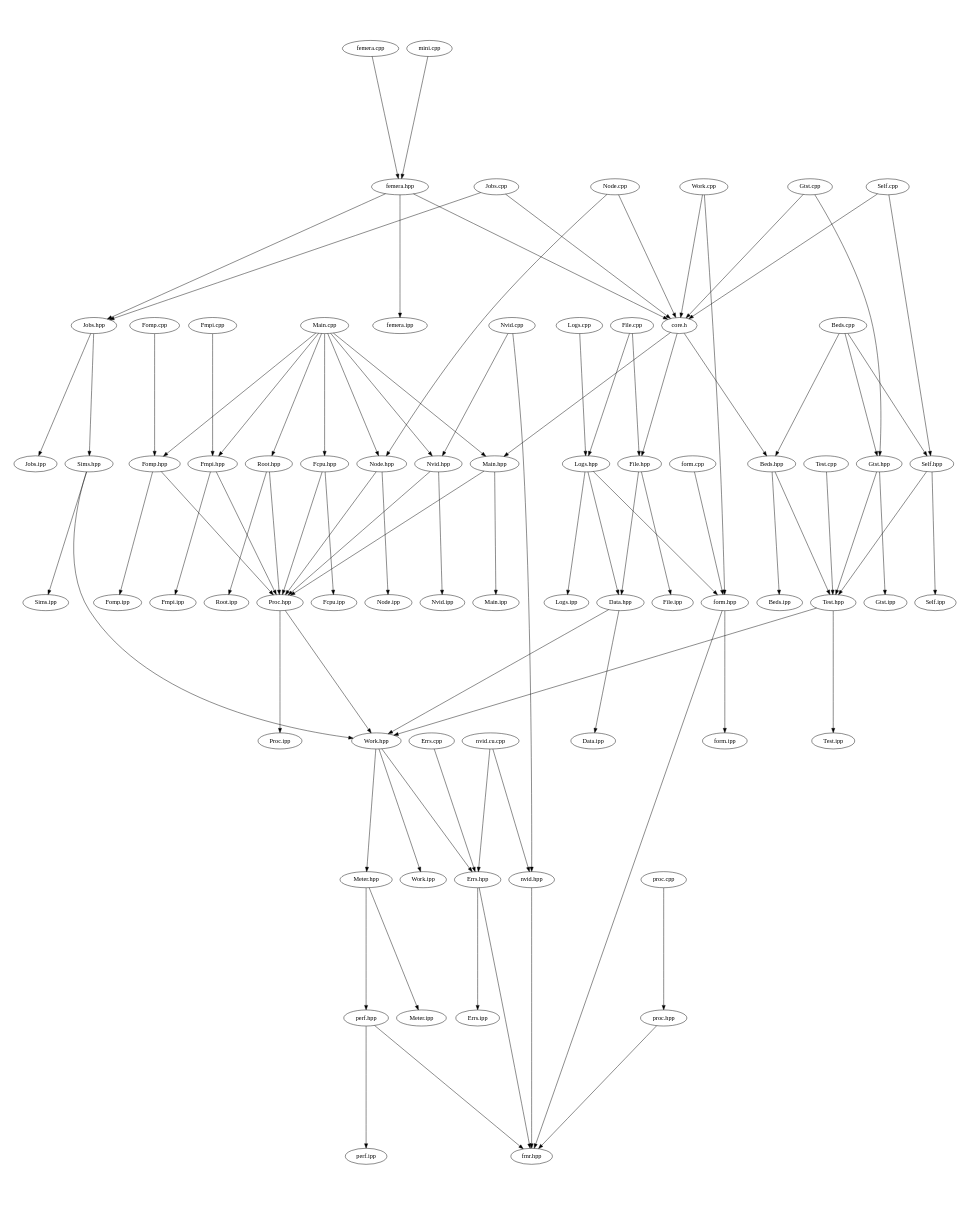
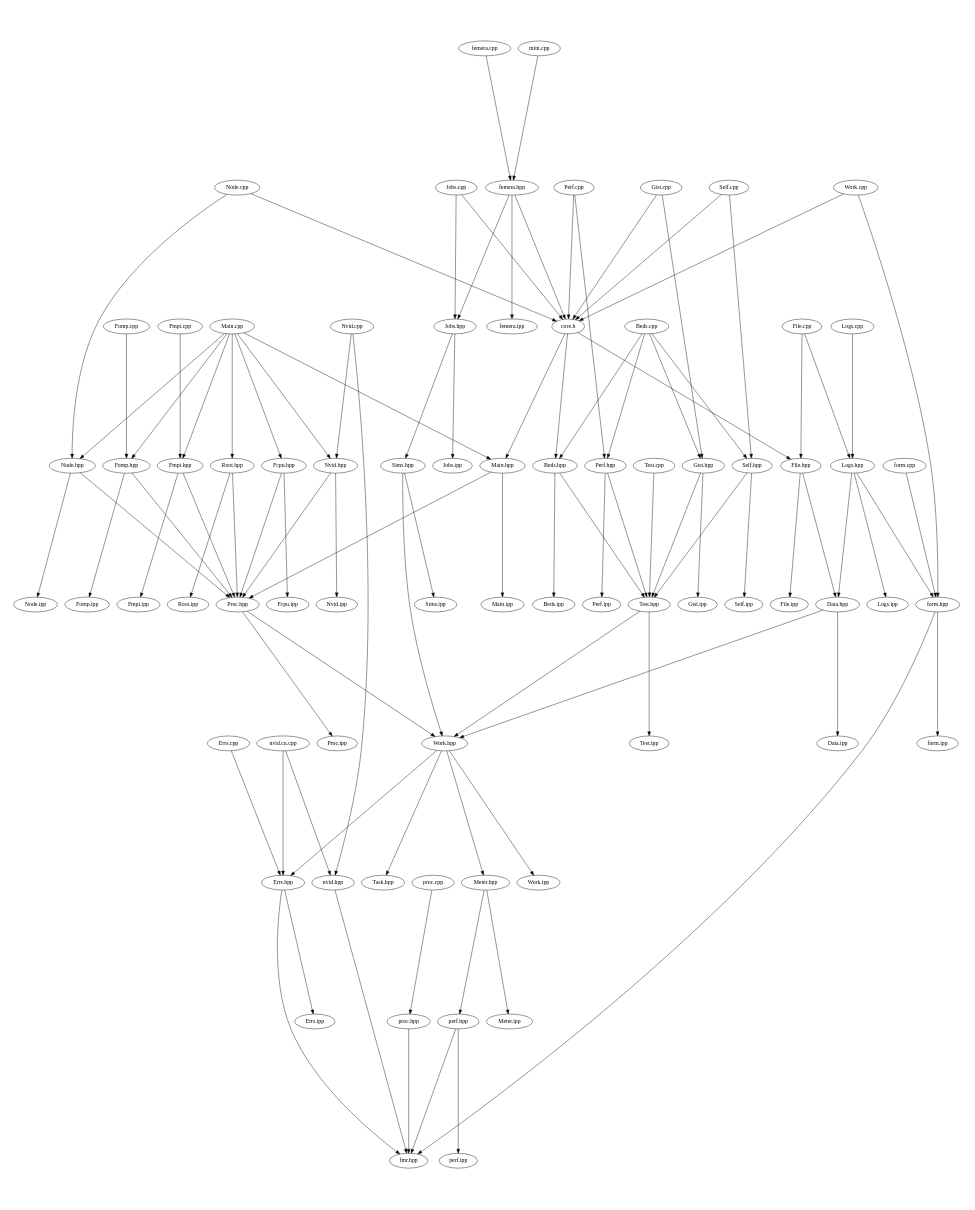
One commit to waggyz/femera-mini-app changed the diagram in src/docs/src-notest.dot. Above: the diagram before and after it, drawn with Graphviz. The commit also changed 17 other files, not shown here.

```diff
--- a/src/docs/src-notest.dot
+++ b/src/docs/src-notest.dot
@@ -1,97 +1,103 @@
 digraph "source tree" {
     overlap=scale;
     size="8,10";
     ratio="fill";
     fontsize="16";
     fontname="Helvetica";
 	clusterrank="local";
+	"Perf.cpp" -> "core.h"
 	"Gtst.cpp" -> "core.h"
 	"femera.hpp" -> "Jobs.hpp"
 	"Meter.hpp" -> "perf.hpp"
 	"Main.cpp" -> "Fomp.hpp"
 	"Sims.hpp" -> "Work.hpp"
 	"Errs.cpp" -> "Errs.hpp"
 	"femera.cpp" -> "femera.hpp"
 	"Work.hpp" -> "Errs.hpp"
 	"Fmpi.hpp" -> "Fmpi.ipp"
 	"Sims.hpp" -> "Sims.ipp"
 	"Jobs.hpp" -> "Jobs.ipp"
 	"Nvid.hpp" -> "Nvid.ipp"
 	"Fomp.cpp" -> "Fomp.hpp"
 	"Logs.cpp" -> "Logs.hpp"
 	"nvid.cu.cpp" -> "nvid.hpp"
 	"proc.hpp" -> "fmr.hpp"
 	"Nvid.hpp" -> "Proc.hpp"
 	"Root.hpp" -> "Proc.hpp"
 	"Main.cpp" -> "Node.hpp"
 	"Main.cpp" -> "Main.hpp"
 	"Proc.hpp" -> "Proc.ipp"
+	"Perf.hpp" -> "Perf.ipp"
+	"Perf.hpp" -> "Test.hpp"
 	"Beds.cpp" -> "Gtst.hpp"
 	"Node.cpp" -> "Node.hpp"
 	"Main.cpp" -> "Fmpi.hpp"
 	"core.h" -> "Main.hpp"
 	"Main.cpp" -> "Fcpu.hpp"
 	"Work.cpp" -> "core.h"
 	"nvid.hpp" -> "fmr.hpp"
 	"perf.hpp" -> "fmr.hpp"
+	"Beds.cpp" -> "Perf.hpp"
 	"Data.hpp" -> "Data.ipp"
 	"Beds.cpp" -> "Self.hpp"
 	"Work.hpp" -> "Work.ipp"
 	"Fmpi.hpp" -> "Proc.hpp"
 	"Test.hpp" -> "Work.hpp"
 	"Nvid.cpp" -> "nvid.hpp"
 	"Node.hpp" -> "Node.ipp"
 	"form.hpp" -> "form.ipp"
 	"Gtst.cpp" -> "Gtst.hpp"
 	"femera.hpp" -> "femera.ipp"
 	"Fcpu.hpp" -> "Proc.hpp"
 	"Fomp.hpp" -> "Proc.hpp"
 	"File.hpp" -> "File.ipp"
 	"Self.cpp" -> "core.h"
+	"Work.hpp" -> "Task.hpp"
 	"Main.cpp" -> "Nvid.hpp"
 	"Meter.hpp" -> "Meter.ipp"
 	"core.h" -> "File.hpp"
 	"Fomp.hpp" -> "Fomp.ipp"
 	"Logs.hpp" -> "Data.hpp"
 	"Gtst.hpp" -> "Gtst.ipp"
+	"Perf.cpp" -> "Perf.hpp"
 	"form.cpp" -> "form.hpp"
 	"File.cpp" -> "File.hpp"
 	"Self.hpp" -> "Test.hpp"
 	"perf.hpp" -> "perf.ipp"
 	"proc.cpp" -> "proc.hpp"
 	"Self.hpp" -> "Self.ipp"
 	"Node.cpp" -> "core.h"
 	"Fmpi.cpp" -> "Fmpi.hpp"
 	"File.cpp" -> "Logs.hpp"
 	"core.h" -> "Beds.hpp"
 	"Errs.hpp" -> "fmr.hpp"
 	"Fcpu.hpp" -> "Fcpu.ipp"
 	"Root.hpp" -> "Root.ipp"
 	"Errs.hpp" -> "Errs.ipp"
 	"Main.hpp" -> "Main.ipp"
 	"Test.cpp" -> "Test.hpp"
 	"nvid.cu.cpp" -> "Errs.hpp"
 	"Beds.cpp" -> "Beds.hpp"
 	"Node.hpp" -> "Proc.hpp"
 	"Main.cpp" -> "Root.hpp"
 	"Jobs.hpp" -> "Sims.hpp"
 	"Jobs.cpp" -> "Jobs.hpp"
 	"Logs.hpp" -> "Logs.ipp"
 	"Self.cpp" -> "Self.hpp"
 	"File.hpp" -> "Data.hpp"
 	"mini.cpp" -> "femera.hpp"
 	"Work.cpp" -> "form.hpp"
 	"Beds.hpp" -> "Test.hpp"
 	"Proc.hpp" -> "Work.hpp"
 	"form.hpp" -> "fmr.hpp"
 	"Gtst.hpp" -> "Test.hpp"
 	"Data.hpp" -> "Work.hpp"
 	"Nvid.cpp" -> "Nvid.hpp"
 	"Beds.hpp" -> "Beds.ipp"
 	"femera.hpp" -> "core.h"
 	"Jobs.cpp" -> "core.h"
 	"Work.hpp" -> "Meter.hpp"
 	"Logs.hpp" -> "form.hpp"
 	"Main.hpp" -> "Proc.hpp"
 	"Test.hpp" -> "Test.ipp"
 }
```
